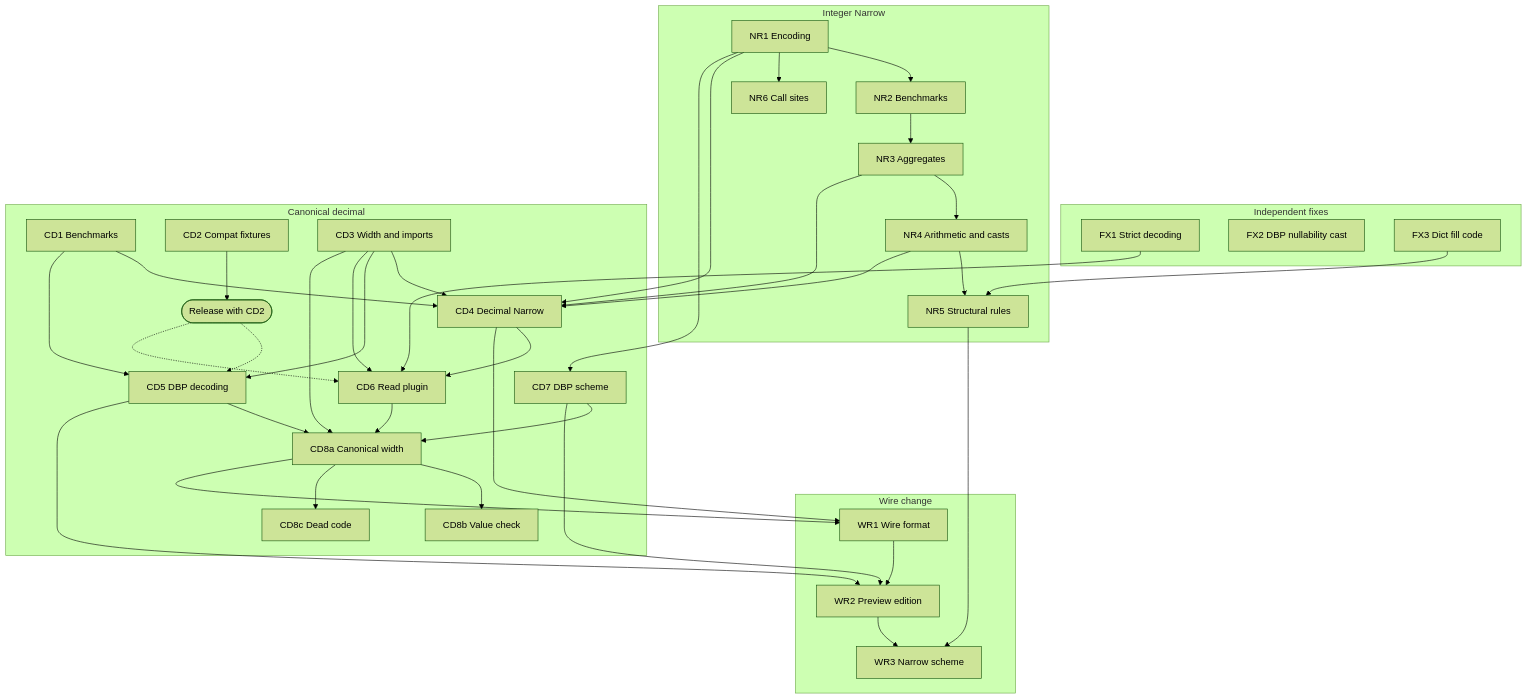
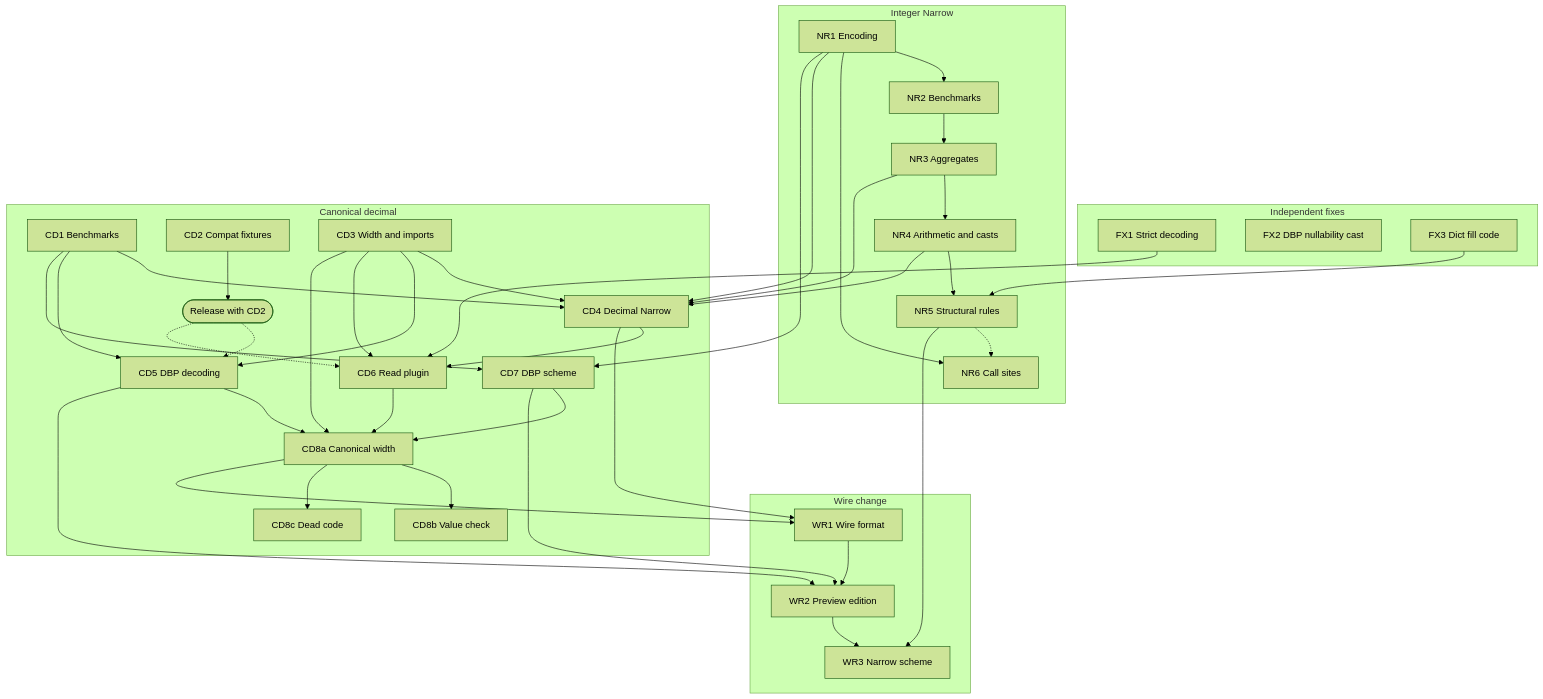
One commit to vortex-data/vortex changed the diagram in research/decimal/04-implementation.md. Above: the diagram before and after it, drawn with Mermaid (forest theme). The commit also changed other lines of this file and 8 other files, not shown here.

````diff
--- a/research/decimal/04-implementation.md
+++ b/research/decimal/04-implementation.md
@@ -71,65 +89,67 @@
 ```mermaid
 flowchart TD
     subgraph FIX["Independent fixes"]
         FX1["FX1 Strict decoding"]
         FX2["FX2 DBP nullability cast"]
         FX3["FX3 Dict fill code"]
     end
     subgraph NR["Integer Narrow"]
         NR1["NR1 Encoding"]
         NR2["NR2 Benchmarks"]
         NR3["NR3 Aggregates"]
         NR4["NR4 Arithmetic and casts"]
         NR5["NR5 Structural rules"]
         NR6["NR6 Call sites"]
     end
     subgraph CD["Canonical decimal"]
         CD1["CD1 Benchmarks"]
         CD2["CD2 Compat fixtures"]
         REL(["Release with CD2"])
         CD3["CD3 Width and imports"]
         CD4["CD4 Decimal Narrow"]
         CD5["CD5 DBP decoding"]
         CD6["CD6 Read plugin"]
         CD7["CD7 DBP scheme"]
         CD8a["CD8a Canonical width"]
         CD8b["CD8b Value check"]
         CD8c["CD8c Dead code"]
     end
     subgraph WR["Wire change"]
         WR1["WR1 Wire format"]
         WR2["WR2 Preview edition"]
         WR3["WR3 Narrow scheme"]
     end
 
     NR1 --> NR2 --> NR3 --> NR4 --> NR5
     FX3 --> NR5
     NR1 --> NR6
+    NR5 -.-> NR6
     CD2 --> REL
     REL -.-> CD5
     REL -.-> CD6
     CD1 --> CD4
     CD3 --> CD4
     NR1 --> CD4
     NR3 --> CD4
     NR4 --> CD4
     CD1 --> CD5
     CD3 --> CD5
     FX1 --> CD6
     CD3 --> CD6
     CD4 --> CD6
     NR1 --> CD7
+    CD1 --> CD7
     CD3 --> CD8a
     CD5 --> CD8a
     CD6 --> CD8a
     CD7 --> CD8a
     CD8a --> CD8b
     CD8a --> CD8c
     CD8a --> WR1
     CD4 --> WR1
     WR1 --> WR2
     CD5 --> WR2
     CD7 --> WR2
     WR2 --> WR3
     NR5 --> WR3
 ```
````
